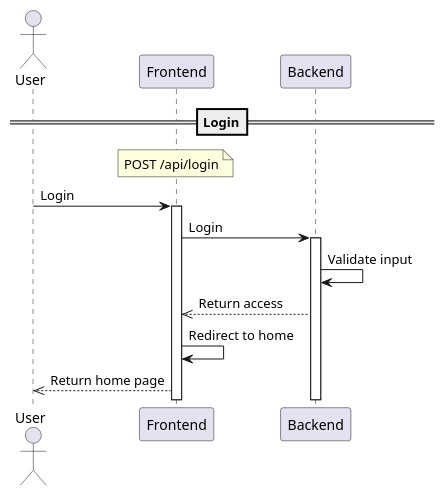
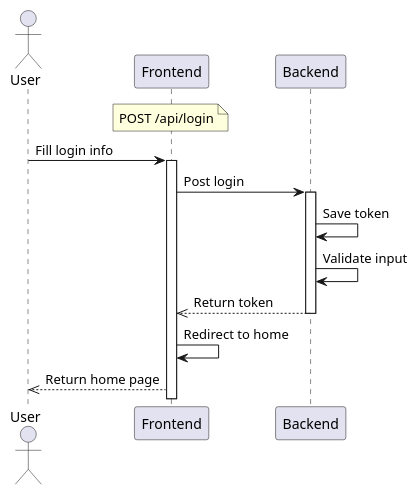
One commit to Nxwbtk/SA-Diagram changed the second of 7 diagrams in Sequence-diagram.plantuml. Above: the diagram before and after it, drawn with PlantUML. The commit also changed other lines of this file and 2 other files, not shown here.

```diff
--- a/Sequence-diagram.plantuml
+++ b/Sequence-diagram.plantuml
@@ -27,15 +36,16 @@
 @startuml
-==Login==
 actor User
 participant "Frontend" as FE
 participant "Backend" as BE
 note over FE: POST /api/login
-User -> FE: Login
+User -> FE: Fill login info
 activate FE
-FE -> BE: Login
+FE -> BE: Post login
 activate BE
+BE -> BE: Save token
 BE -> BE: Validate input
-BE -->> FE: Return access
+BE -->> FE: Return token
+deactivate BE
 FE -> FE: Redirect to home
 FE -->> User: Return home page
 @enduml
```
